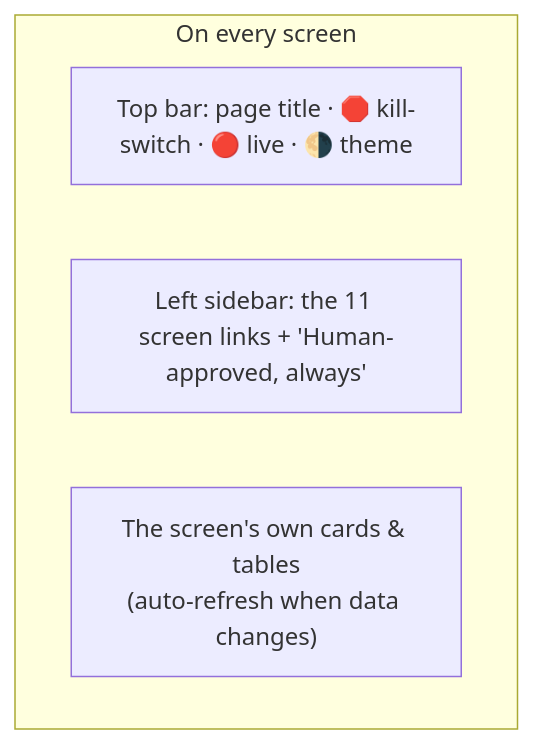
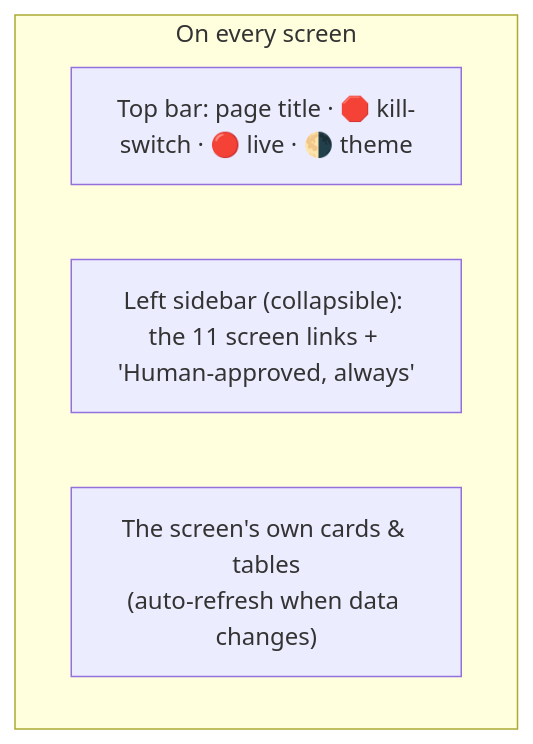
One commit to skalkii/forge changed the seventh of 8 diagrams in docs/explained/03-dashboard-explained.md. Above: the diagram before and after it, drawn with Mermaid. The commit also changed 1 other file, not shown here.

Commit message:
docs(dashboard): refresh DESIGN.md for the ember/aubergine theme
Update the design-system doc to match what shipped: new palette (ember-cream /
aubergine-plum + brand-2/brand-3 accents + ambient wash), new type pairing
(Bricolage Grotesque / Hanken Grotesk / JetBrains Mono, 16px base), gradient
headers + section accent bars + colored stat chips, the portal-based InfoTip and
the ScrollList + collapsible Sidebar. Note the collapsible sidebar in the
plain-English dashboard guide.

````diff
--- a/docs/explained/03-dashboard-explained.md
+++ b/docs/explained/03-dashboard-explained.md
@@ -296,8 +296,8 @@
 ```mermaid
 flowchart TB
     subgraph EVERY["On every screen"]
         H["Top bar: page title · 🛑 kill-switch · 🔴 live · 🌗 theme"]
-        SIDE["Left sidebar: the 11 screen links + 'Human-approved, always'"]
+        SIDE["Left sidebar (collapsible): the 11 screen links + 'Human-approved, always'"]
         BODY["The screen's own cards & tables<br/>(auto-refresh when data changes)"]
     end
 ```
````
